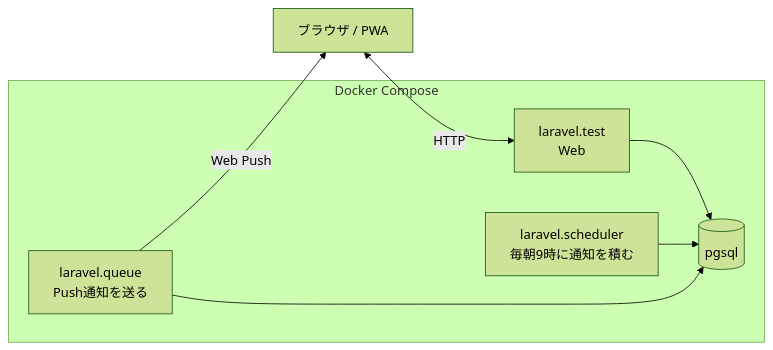
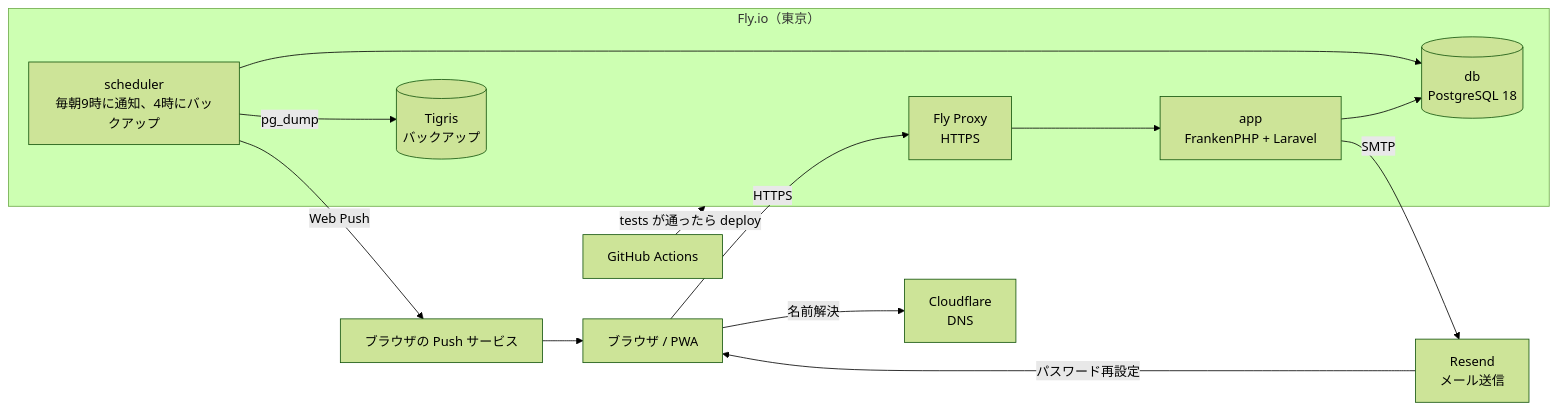
One commit to YUTOKONISHI/stock-reminder changed the diagram in README.md. Above: the diagram before and after it, drawn with Mermaid (forest theme). The commit also changed other lines of this file, not shown here.

Commit message:
README の構成図を本番のインフラ構成にする
開発環境の Docker Compose の図を、Fly.io、Cloudflare、Resend、Tigris、
GitHub Actions を含む本番の構成に描き直した。

````diff
--- a/README.md
+++ b/README.md
@@ -31,17 +36,26 @@
 ```mermaid
 flowchart LR
-    browser["ブラウザ / PWA"]
+    user["ブラウザ / PWA"]
 
-    subgraph compose["Docker Compose"]
-        app["laravel.test<br>Web"]
-        scheduler["laravel.scheduler<br>毎朝9時に通知を積む"]
-        queue["laravel.queue<br>Push通知を送る"]
-        db[("pgsql")]
+    dns["Cloudflare<br>DNS"]
+
+    subgraph fly["Fly.io（東京）"]
+        proxy["Fly Proxy<br>HTTPS"]
+        app["app<br>FrankenPHP + Laravel"]
+        scheduler["scheduler<br>毎朝9時に通知、4時にバックアップ"]
+        db[("db<br>PostgreSQL 18")]
+        tigris[("Tigris<br>バックアップ")]
     end
 
-    browser <-->|HTTP| app
-    app --> db
+    resend["Resend<br>メール送信"]
+    push["ブラウザの Push サービス"]
+    gha["GitHub Actions"]
+
+    user -->|名前解決| dns
+    user -->|HTTPS| proxy --> app --> db
     scheduler --> db
-    queue --> db
-    queue -->|Web Push| browser
+    scheduler -->|pg_dump| tigris
+    scheduler -->|Web Push| push --> user
+    app -->|SMTP| resend -->|パスワード再設定| user
+    gha -->|tests が通ったら deploy| fly
 ```
````
